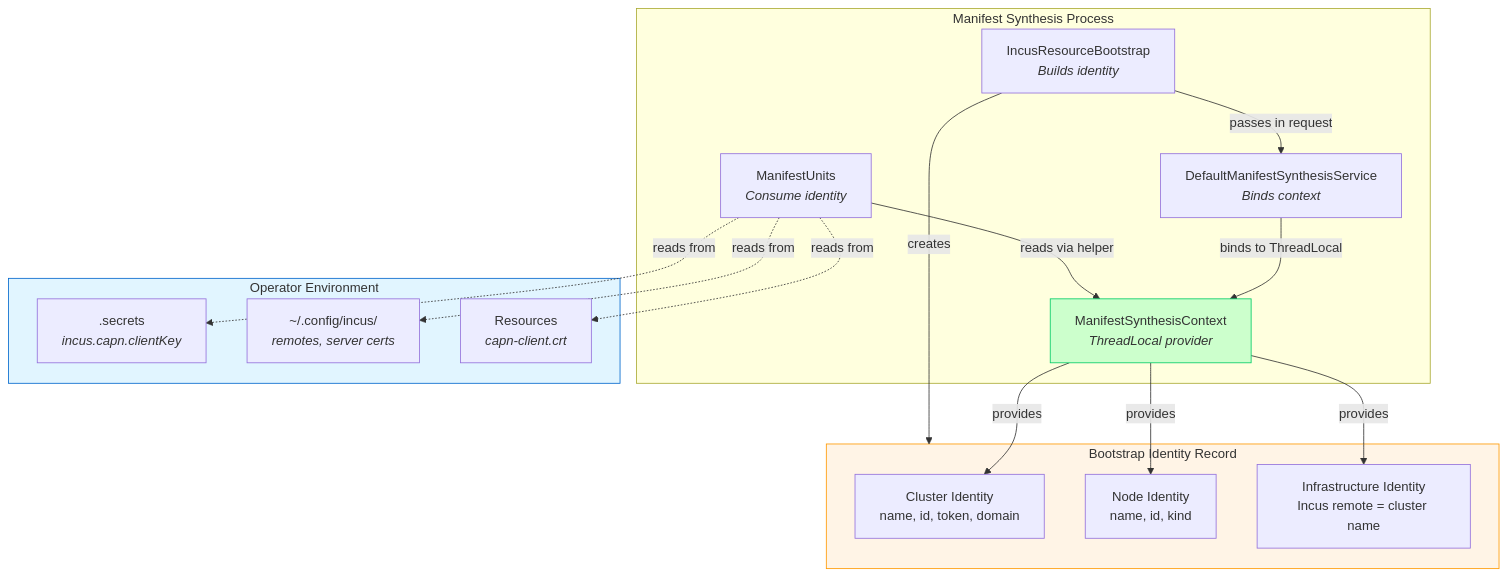
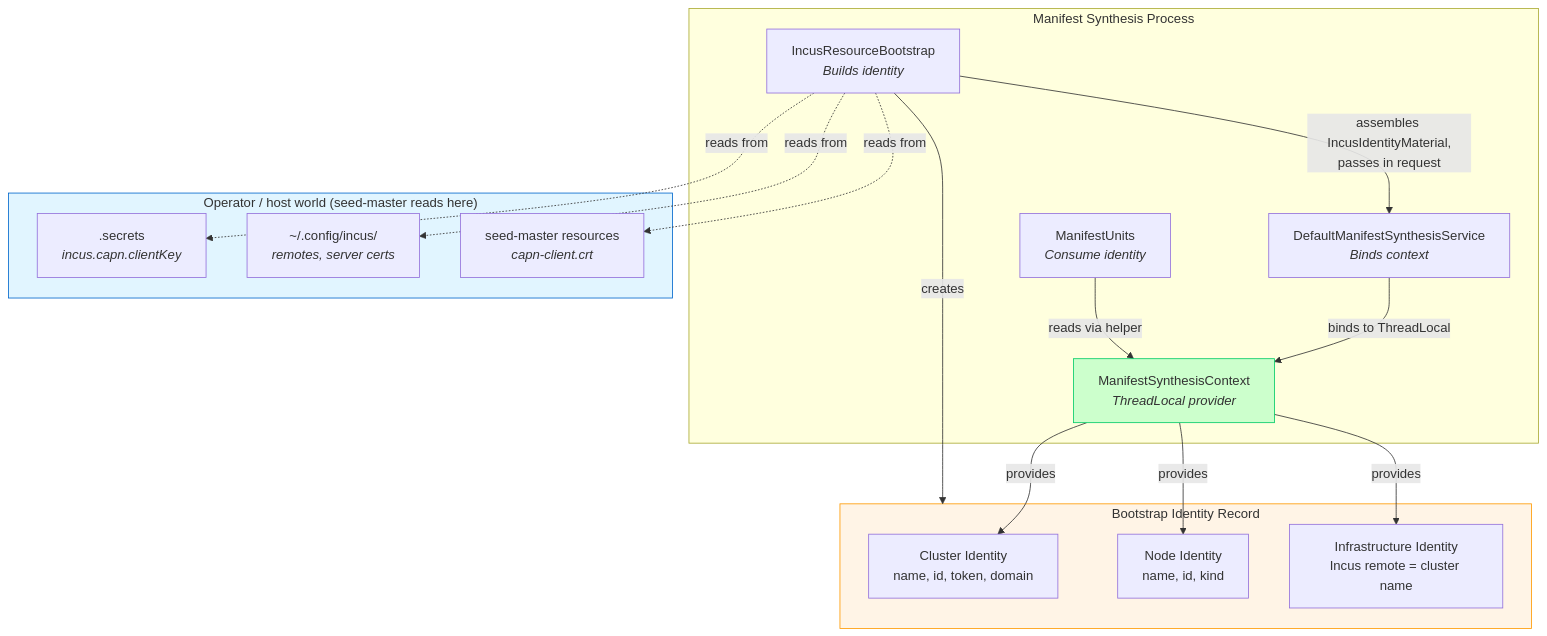
Before and after one commit to nxmatic/rke2lab: the first of 4 diagrams in docs/architecture/bootstrap/bootstrap-identity-provider.adoc, drawn with Mermaid. The commit also changed other lines of this file and 78 other files, not shown here.

```diff
--- a/docs/architecture/bootstrap/bootstrap-identity-provider.adoc
+++ b/docs/architecture/bootstrap/bootstrap-identity-provider.adoc
@@ -15,39 +15,39 @@
 [mermaid]
 ----
 graph TB
     subgraph Synthesis["Manifest Synthesis Process"]
         Bootstrap[IncusResourceBootstrap<br/><i>Builds identity</i>]
         Service[DefaultManifestSynthesisService<br/><i>Binds context</i>]
         Context[ManifestSynthesisContext<br/><i>ThreadLocal provider</i>]
         Units[ManifestUnits<br/><i>Consume identity</i>]
     end
 
     subgraph Identity["Bootstrap Identity Record"]
         ClusterID[Cluster Identity<br/>name, id, token, domain]
         NodeID[Node Identity<br/>name, id, kind]
         InfraID[Infrastructure Identity<br/>Incus remote = cluster name]
     end
 
-    subgraph Operator["Operator Environment"]
+    subgraph Operator["Operator / host world (seed-master reads here)"]
         Secrets[.secrets<br/><i>incus.capn.clientKey</i>]
         IncusConfig[~/.config/incus/<br/><i>remotes, server certs</i>]
-        Resources[Resources<br/><i>capn-client.crt</i>]
+        Resources[seed-master resources<br/><i>capn-client.crt</i>]
     end
 
     Bootstrap -->|creates| Identity
-    Bootstrap -->|passes in request| Service
+    Bootstrap -->|assembles IncusIdentityMaterial,<br/>passes in request| Service
     Service -->|binds to ThreadLocal| Context
     Context -->|provides| ClusterID
     Context -->|provides| NodeID
     Context -->|provides| InfraID
 
     Units -->|reads via helper| Context
 
-    Units -.->|reads from| Secrets
-    Units -.->|reads from| IncusConfig
-    Units -.->|reads from| Resources
+    Bootstrap -.->|reads from| Secrets
+    Bootstrap -.->|reads from| IncusConfig
+    Bootstrap -.->|reads from| Resources
 
     style Identity fill:#fff4e6,stroke:#ff9900
     style Context fill:#ccffcc,stroke:#00cc66
     style Operator fill:#e1f5ff,stroke:#0066cc
 ----
```
